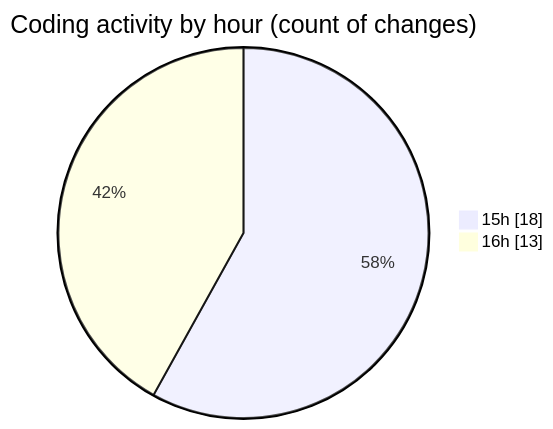
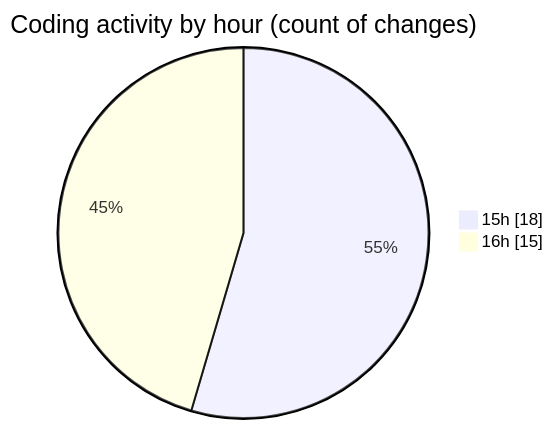
Before and after one commit to julien-gomy/code-tracking: the second of 2 diagrams in 2025-11-05/eventscop-frontend-guide__workspace_/README.md, drawn with Mermaid. The commit also changed other lines of this file and 1 other file, not shown here.

````diff
--- a/2025-11-05/eventscop-frontend-guide__workspace_/README.md
+++ b/2025-11-05/eventscop-frontend-guide__workspace_/README.md
@@ -37,6 +37,6 @@
 ```mermaid
 pie showData
 title Coding activity by hour (count of changes)
 "15h" : 18
-"16h" : 13
+"16h" : 15
 ```
````
